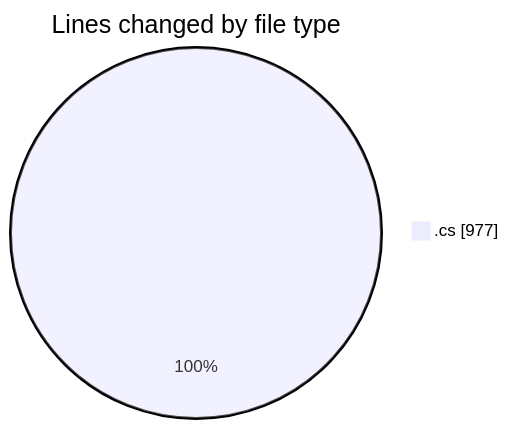
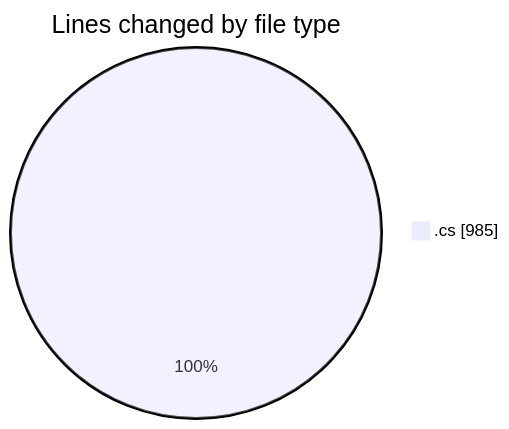
Before and after one commit to Netris89/code-tracking: the first of 2 diagrams in 2025-03-21/back-end/README.md, drawn with Mermaid. The commit also changed other lines of this file and 1 other file, not shown here.

````diff
--- a/2025-03-21/back-end/README.md
+++ b/2025-03-21/back-end/README.md
@@ -25,5 +25,5 @@
 ```mermaid
 pie showData
 title Lines changed by file type
-".cs" : 977
+".cs" : 985
 ```
````
